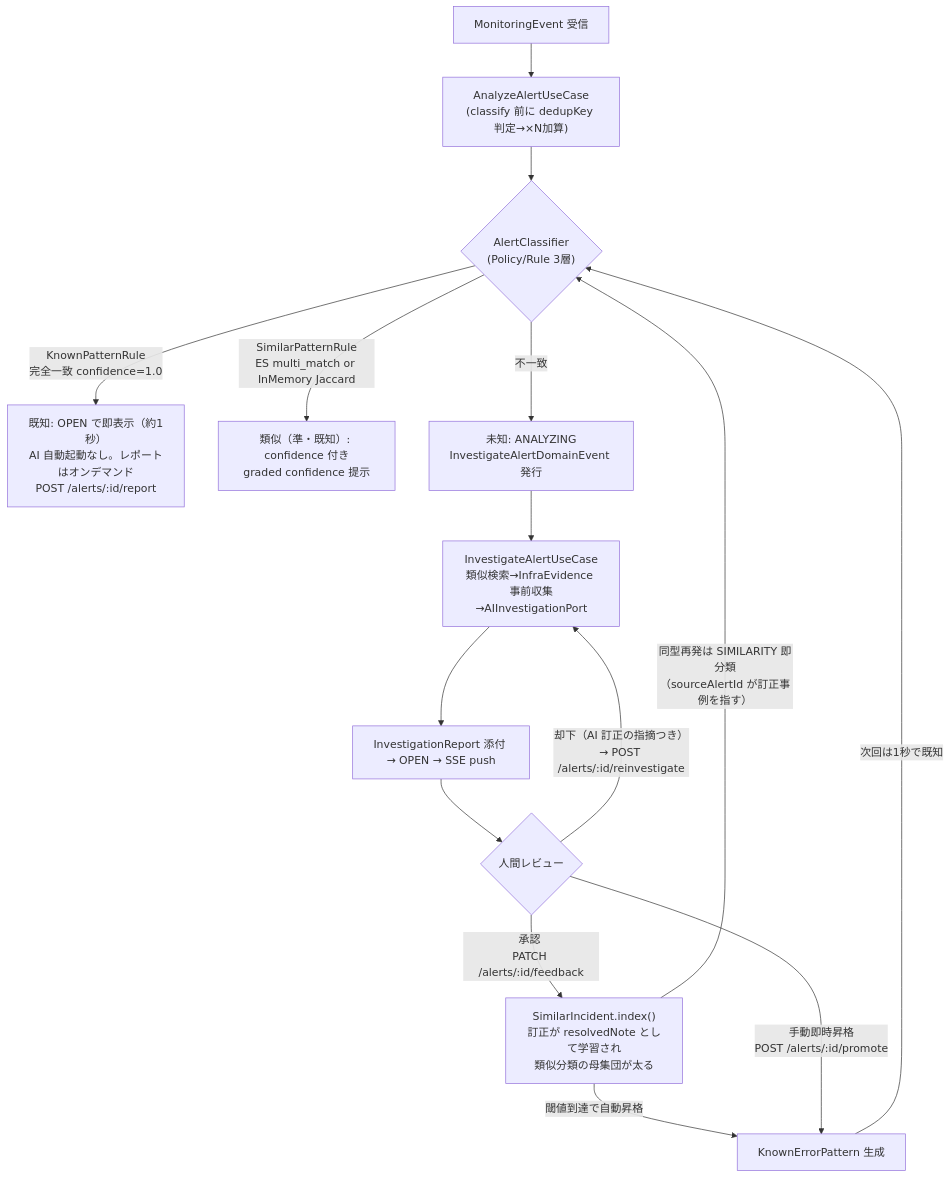
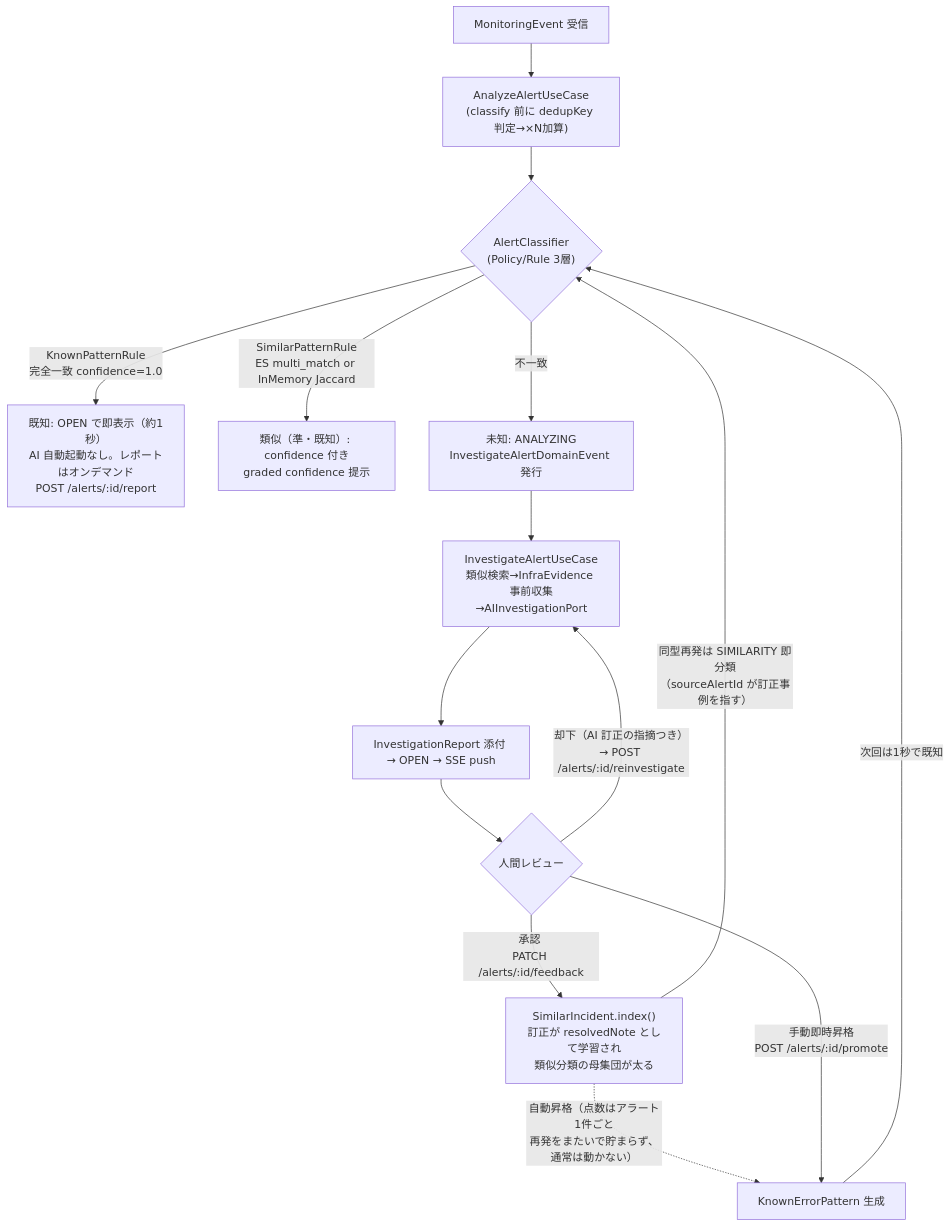
One commit to nagoyamanaka/ec-monitoring-agent changed the second of 6 diagrams in docs/architecture.md. Above: the diagram before and after it, drawn with Mermaid. The commit also changed other lines of this file and 14 other files, not shown here.

````diff
--- a/docs/architecture.md
+++ b/docs/architecture.md
@@ -70,17 +70,17 @@
 ```mermaid
 flowchart TD
   ME["MonitoringEvent 受信"] --> AA["AnalyzeAlertUseCase<br/>(classify 前に dedupKey 判定→×N加算)"]
   AA --> C{"AlertClassifier<br/>(Policy/Rule 3層)"}
   C -->|"KnownPatternRule<br/>完全一致 confidence=1.0"| K["既知: OPEN で即表示（約1秒）<br/>AI 自動起動なし。レポートはオンデマンド<br/>POST /alerts/:id/report"]
   C -->|"SimilarPatternRule<br/>ES multi_match or InMemory Jaccard"| S["類似（準・既知）: confidence 付き<br/>graded confidence 提示"]
   C -->|不一致| U["未知: ANALYZING<br/>InvestigateAlertDomainEvent 発行"]
   U --> INV["InvestigateAlertUseCase<br/>類似検索→InfraEvidence 事前収集→AIInvestigationPort"]
   INV --> RPT["InvestigationReport 添付 → OPEN → SSE push"]
   RPT --> H{"人間レビュー"}
   H -->|"承認 <br/>PATCH /alerts/:id/feedback"| SIDX["SimilarIncident.index()<br/>訂正が resolvedNote として学習され<br/>類似分類の母集団が太る"]
-  SIDX -->|"閾値到達で自動昇格"| KP["KnownErrorPattern 生成"]
+  SIDX -.->|"自動昇格（点数はアラート1件ごと<br/>再発をまたいで貯まらず、通常は動かない）"| KP["KnownErrorPattern 生成"]
   SIDX -->|"同型再発は SIMILARITY 即分類<br/>（sourceAlertId が訂正事例を指す）"| C
   H -->|"手動即時昇格<br/>POST /alerts/:id/promote"| KP
   H -->|"却下（AI 訂正の指摘つき）<br/>→ POST /alerts/:id/reinvestigate"| INV
   KP -->|次回は1秒で既知| C
 ```
````
